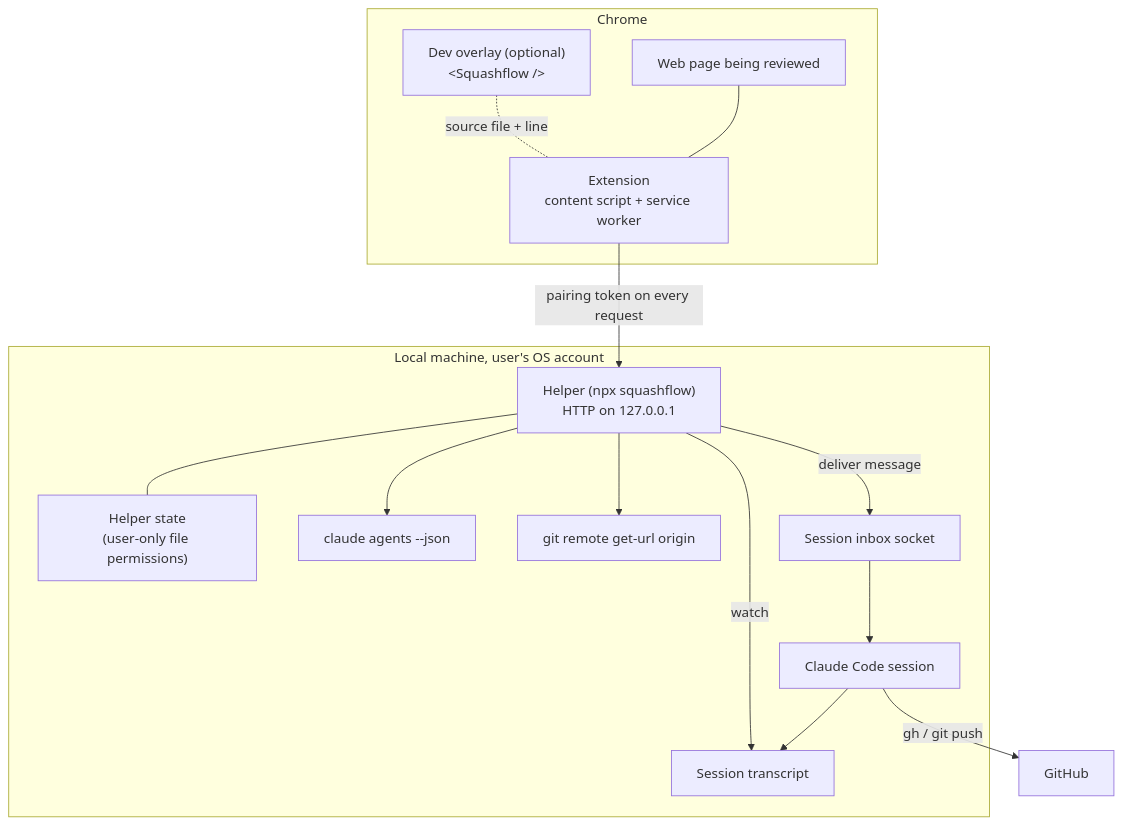
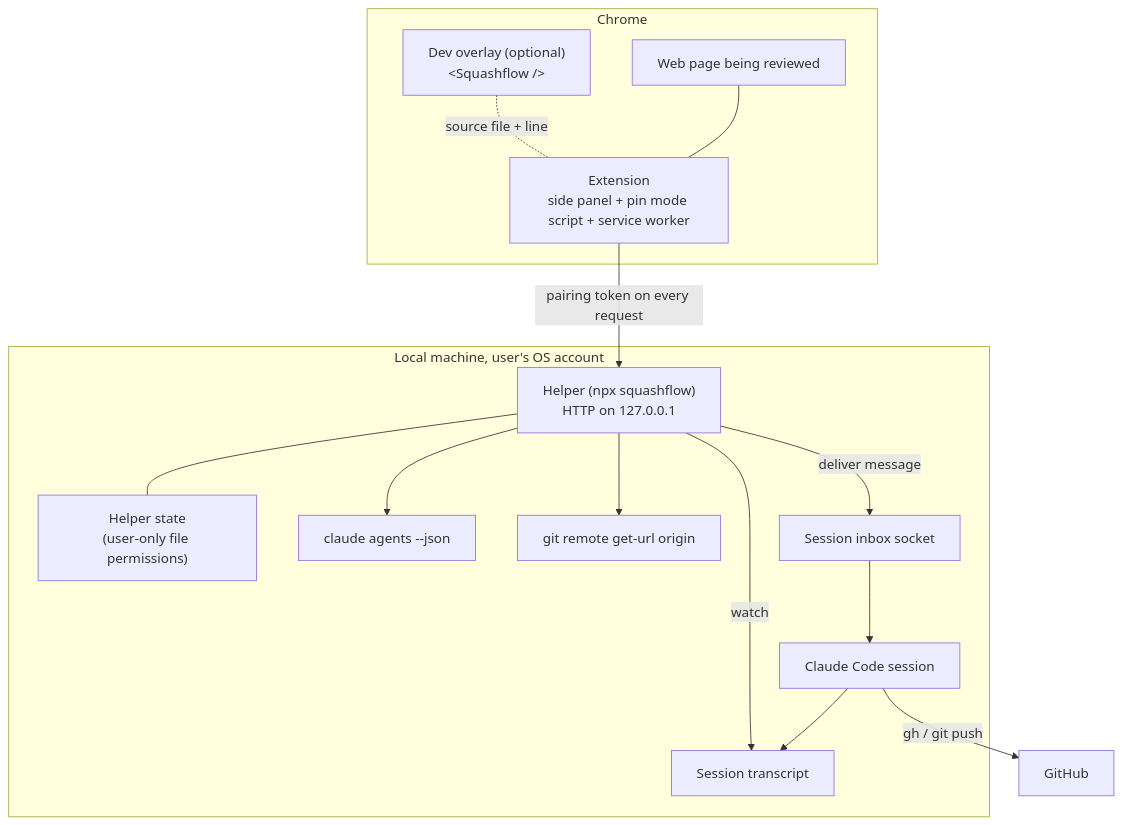
One commit to Uchiha-Itachi0/squashflow changed the diagram in docs/architecture.md. Above: the diagram before and after it, drawn with Mermaid. The commit also changed other lines of this file and 70 other files, not shown here.

First line of the commit message:
feat(extension): side panel UI with a chat thread per pin (#9)

````diff
--- a/docs/architecture.md
+++ b/docs/architecture.md
@@ -16,29 +16,29 @@
 ```mermaid
 flowchart TB
     subgraph Browser["Chrome"]
-        Ext["Extension<br/>content script + service worker"]
+        Ext["Extension<br/>side panel + pin mode script + service worker"]
         Page["Web page being reviewed"]
         Overlay["Dev overlay (optional)<br/>&lt;Squashflow /&gt;"]
     end
     subgraph Local["Local machine, user's OS account"]
         Helper["Helper (npx squashflow)<br/>HTTP on 127.0.0.1"]
         Store["Helper state<br/>(user-only file permissions)"]
         CLI["claude agents --json"]
         Git["git remote get-url origin"]
         Inbox["Session inbox socket"]
         Transcript["Session transcript"]
         Session["Claude Code session"]
     end
     GitHub["GitHub"]
 
     Page --- Ext
     Overlay -. "source file + line" .- Ext
     Ext -- "pairing token on every request" --> Helper
     Helper --- Store
     Helper --> CLI
     Helper --> Git
     Helper -- "deliver message" --> Inbox --> Session
     Session --> Transcript
     Helper -- "watch" --> Transcript
     Session -- "gh / git push" --> GitHub
 ```
````
